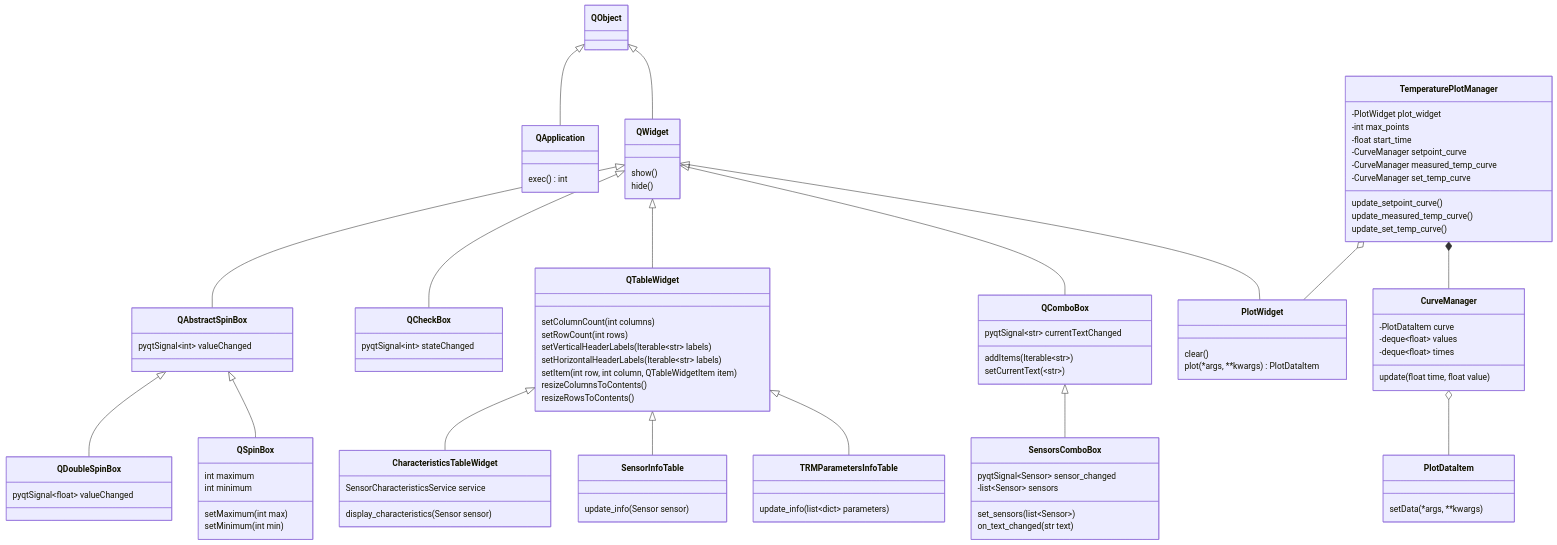
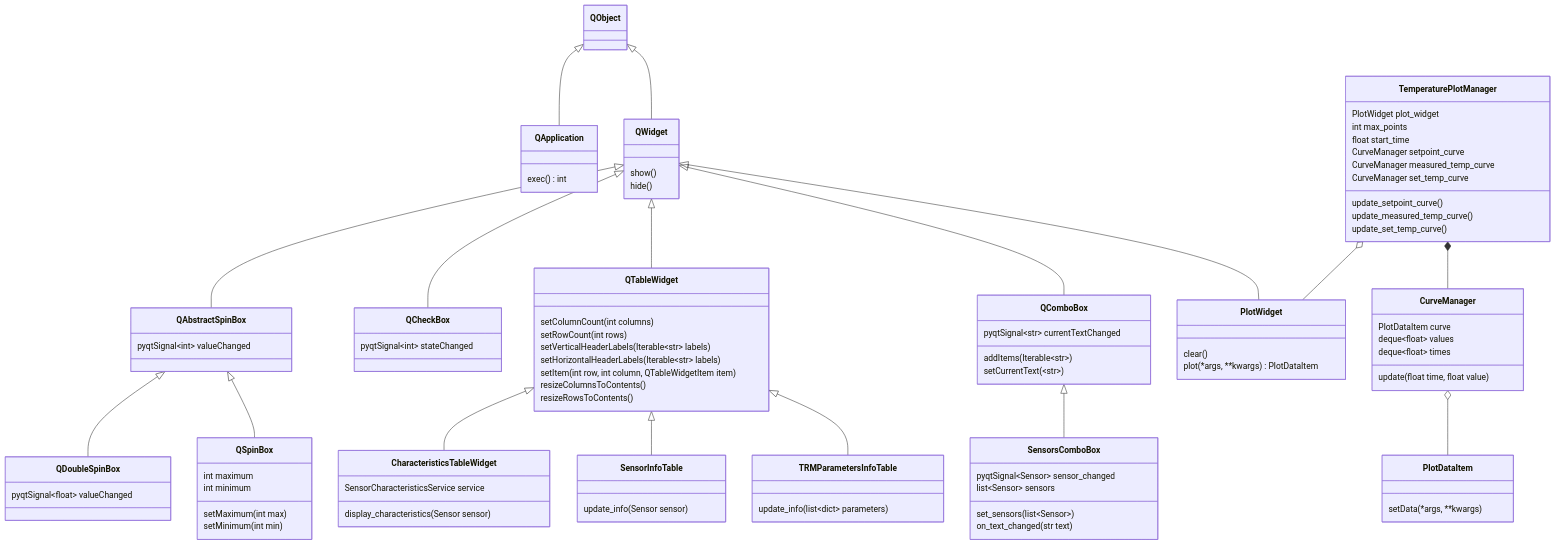
One commit to Marik28/dissertation changed the seventh of 7 diagrams in data/diagrams/диаграмма классов.md. Above: the diagram before and after it, drawn with Mermaid. The commit also changed other lines of this file and 8 other files, not shown here.

```diff
--- a/data/diagrams/диаграмма классов.md
+++ b/data/diagrams/диаграмма классов.md
@@ -382,7 +382,7 @@
 
     class SensorsComboBox {
         pyqtSignal~Sensor~ sensor_changed
-        -list~Sensor~ sensors
+        list~Sensor~ sensors
         set_sensors(list~Sensor~)
         on_text_changed(str text)
     }
@@ -445,19 +445,19 @@
     }
     
         class CurveManager {
-        -PlotDataItem curve
-        -deque~float~ values
-        -deque~float~ times
+        PlotDataItem curve
+        deque~float~ values
+        deque~float~ times
         update(float time, float value)
     }
     
     class TemperaturePlotManager {
-        -PlotWidget plot_widget
-        -int max_points
-        -float start_time
-        -CurveManager setpoint_curve
-        -CurveManager measured_temp_curve
-        -CurveManager set_temp_curve
+        PlotWidget plot_widget
+        int max_points
+        float start_time
+        CurveManager setpoint_curve
+        CurveManager measured_temp_curve
+        CurveManager set_temp_curve
         update_setpoint_curve()       
         update_measured_temp_curve()       
         update_set_temp_curve()       
```
